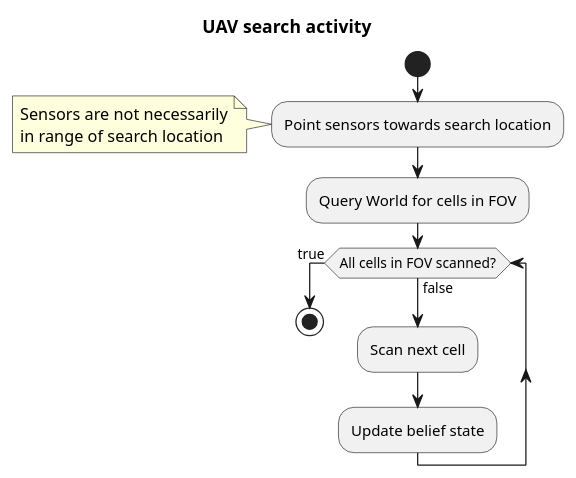
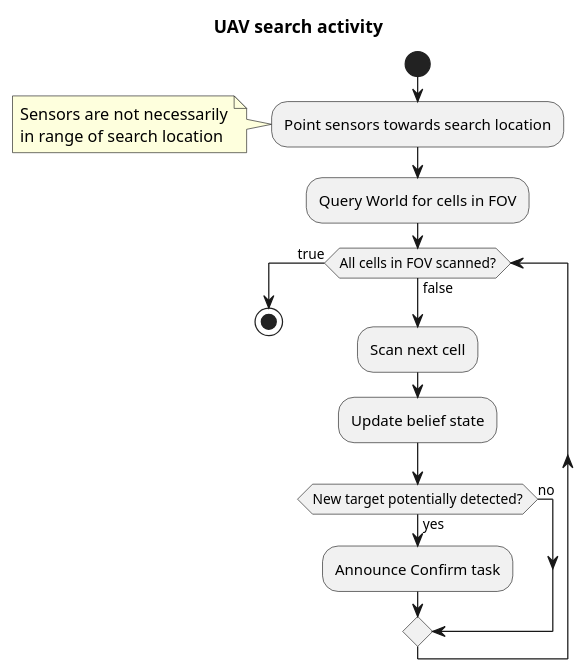
The diagram in dissertation/diagrams/uav_activity_search.pu (tansir1/thesis), drawn with PlantUML before and after one commit. The commit also changed 4 other files, not shown here.

Commit message:
UAV task activity diagram cleanup.

```diff
--- a/dissertation/diagrams/uav_activity_search.pu
+++ b/dissertation/diagrams/uav_activity_search.pu
@@ -1,22 +1,26 @@
 @startuml
 
 title UAV search activity
 
 start
 
 :Point sensors towards search location;
 note left
   Sensors are not necessarily
   in range of search location
 end note
 
 :Query World for cells in FOV;
 while (All cells in FOV scanned?) is (false)
   :Scan next cell;
   :Update belief state;
+  if (New target potentially detected?) then (yes)
+    :Announce Confirm task;
+  else (no)
+  endif
 endwhile (true)
 
 stop
 
 
 @enduml
```
